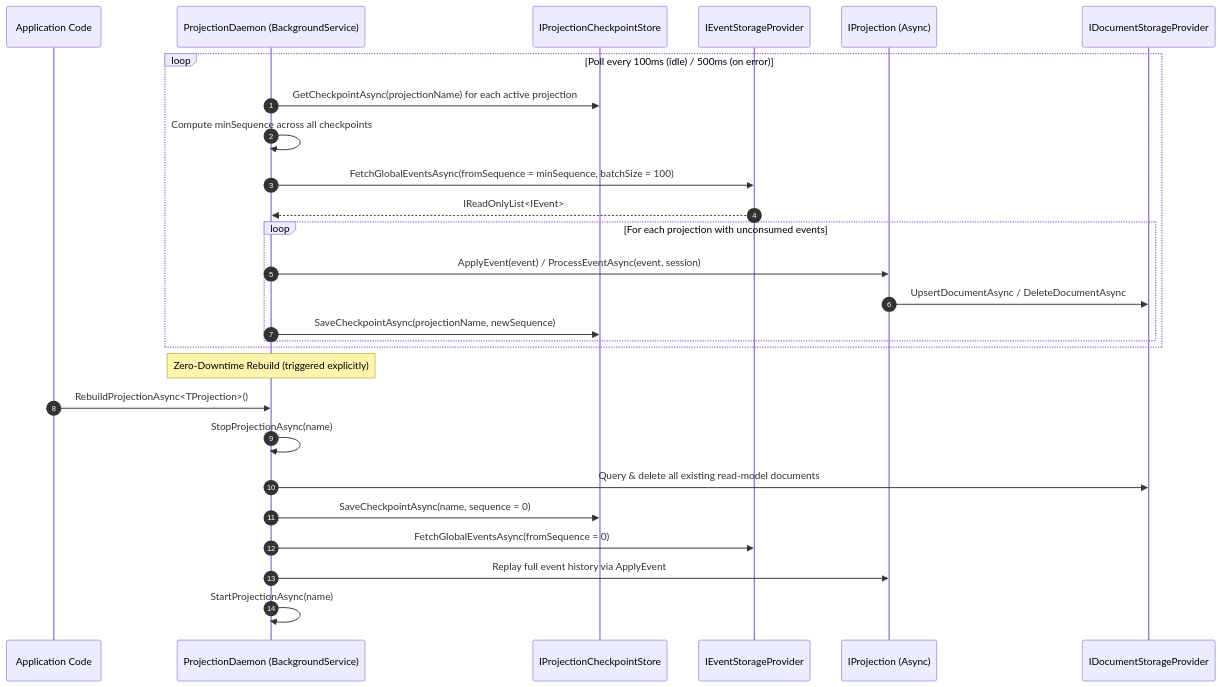
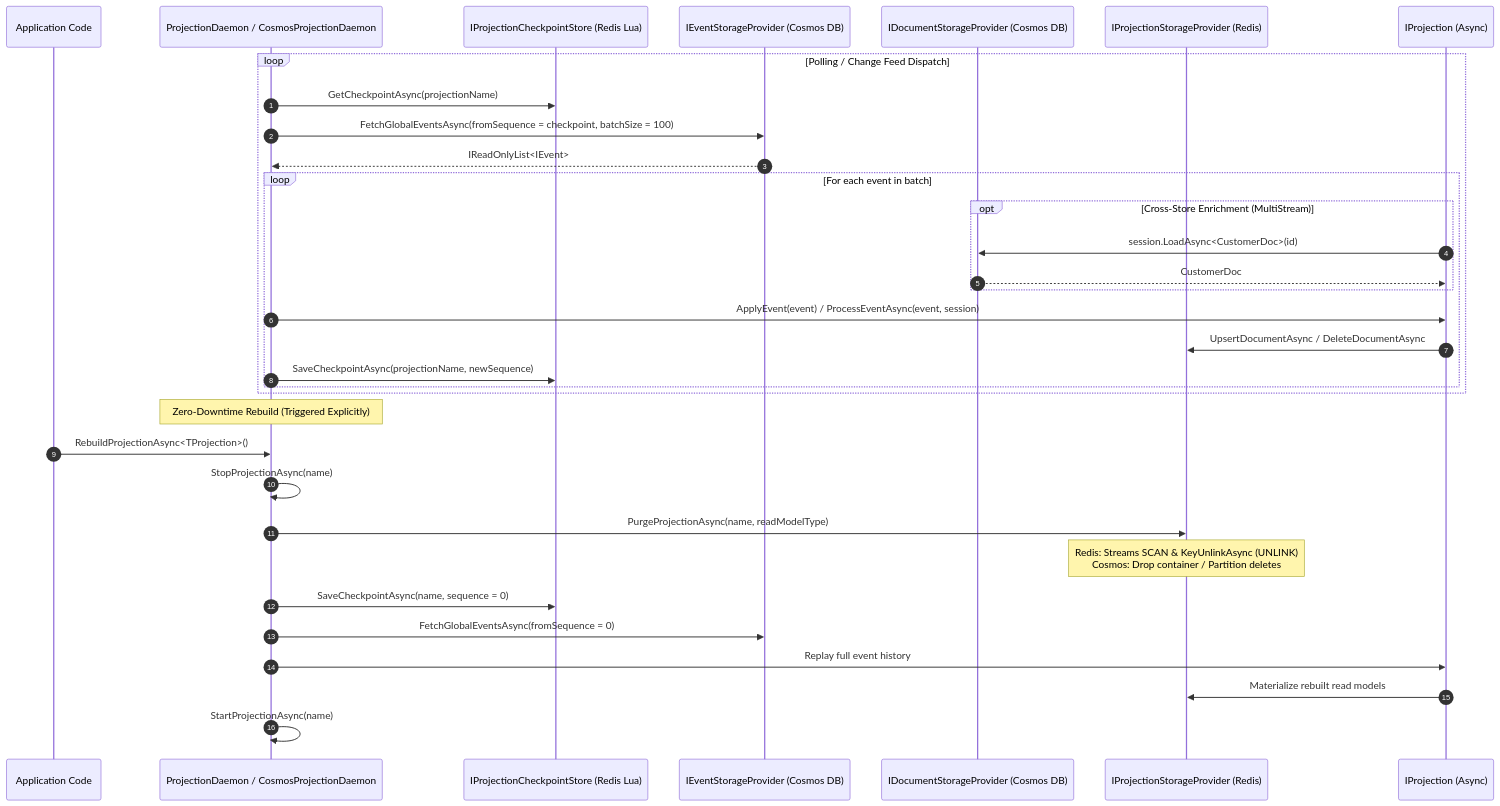
The eighth of 9 diagrams in ARCHITECTURE.md (chadahoochie/Aquila), drawn with Mermaid before and after one commit. The commit also changed other lines of this file and 3 other files, not shown here.

````diff
--- a/ARCHITECTURE.md
+++ b/ARCHITECTURE.md
@@ -273,31 +394,37 @@
 ```mermaid
 sequenceDiagram
     autonumber
     participant App as Application Code
-    participant Daemon as ProjectionDaemon (BackgroundService)
-    participant Checkpoints as IProjectionCheckpointStore
-    participant Provider as IEventStorageProvider
+    participant Daemon as ProjectionDaemon / CosmosProjectionDaemon
+    participant Checkpoints as IProjectionCheckpointStore (Redis Lua)
+    participant EventStore as IEventStorageProvider (Cosmos DB)
+    participant DocStore as IDocumentStorageProvider (Cosmos DB)
+    participant ProjStore as IProjectionStorageProvider (Redis)
     participant Proj as IProjection (Async)
-    participant Docs as IDocumentStorageProvider
 
-    loop Poll every 100ms (idle) / 500ms (on error)
-        Daemon->>Checkpoints: GetCheckpointAsync(projectionName) for each active projection
-        Daemon->>Daemon: Compute minSequence across all checkpoints
-        Daemon->>Provider: FetchGlobalEventsAsync(fromSequence = minSequence, batchSize = 100)
-        Provider-->>Daemon: IReadOnlyList<IEvent>
-        loop For each projection with unconsumed events
+    loop Polling / Change Feed Dispatch
+        Daemon->>Checkpoints: GetCheckpointAsync(projectionName)
+        Daemon->>EventStore: FetchGlobalEventsAsync(fromSequence = checkpoint, batchSize = 100)
+        EventStore-->>Daemon: IReadOnlyList<IEvent>
+        loop For each event in batch
+            opt Cross-Store Enrichment (MultiStream)
+                Proj->>DocStore: session.LoadAsync<CustomerDoc>(id)
+                DocStore-->>Proj: CustomerDoc
+            end
             Daemon->>Proj: ApplyEvent(event) / ProcessEventAsync(event, session)
-            Proj->>Docs: UpsertDocumentAsync / DeleteDocumentAsync
+            Proj->>ProjStore: UpsertDocumentAsync / DeleteDocumentAsync
             Daemon->>Checkpoints: SaveCheckpointAsync(projectionName, newSequence)
         end
     end
 
-    Note over Daemon: Zero-Downtime Rebuild (triggered explicitly)
+    Note over Daemon: Zero-Downtime Rebuild (Triggered Explicitly)
     App->>Daemon: RebuildProjectionAsync<TProjection>()
     Daemon->>Daemon: StopProjectionAsync(name)
-    Daemon->>Docs: Query & delete all existing read-model documents
+    Daemon->>ProjStore: PurgeProjectionAsync(name, readModelType)
+    Note over ProjStore: Redis: Streams SCAN & KeyUnlinkAsync (UNLINK)<br/>Cosmos: Drop container / Partition deletes
     Daemon->>Checkpoints: SaveCheckpointAsync(name, sequence = 0)
-    Daemon->>Provider: FetchGlobalEventsAsync(fromSequence = 0)
-    Daemon->>Proj: Replay full event history via ApplyEvent
+    Daemon->>EventStore: FetchGlobalEventsAsync(fromSequence = 0)
+    Daemon->>Proj: Replay full event history
+    Proj->>ProjStore: Materialize rebuilt read models
     Daemon->>Daemon: StartProjectionAsync(name)
 ```
````
